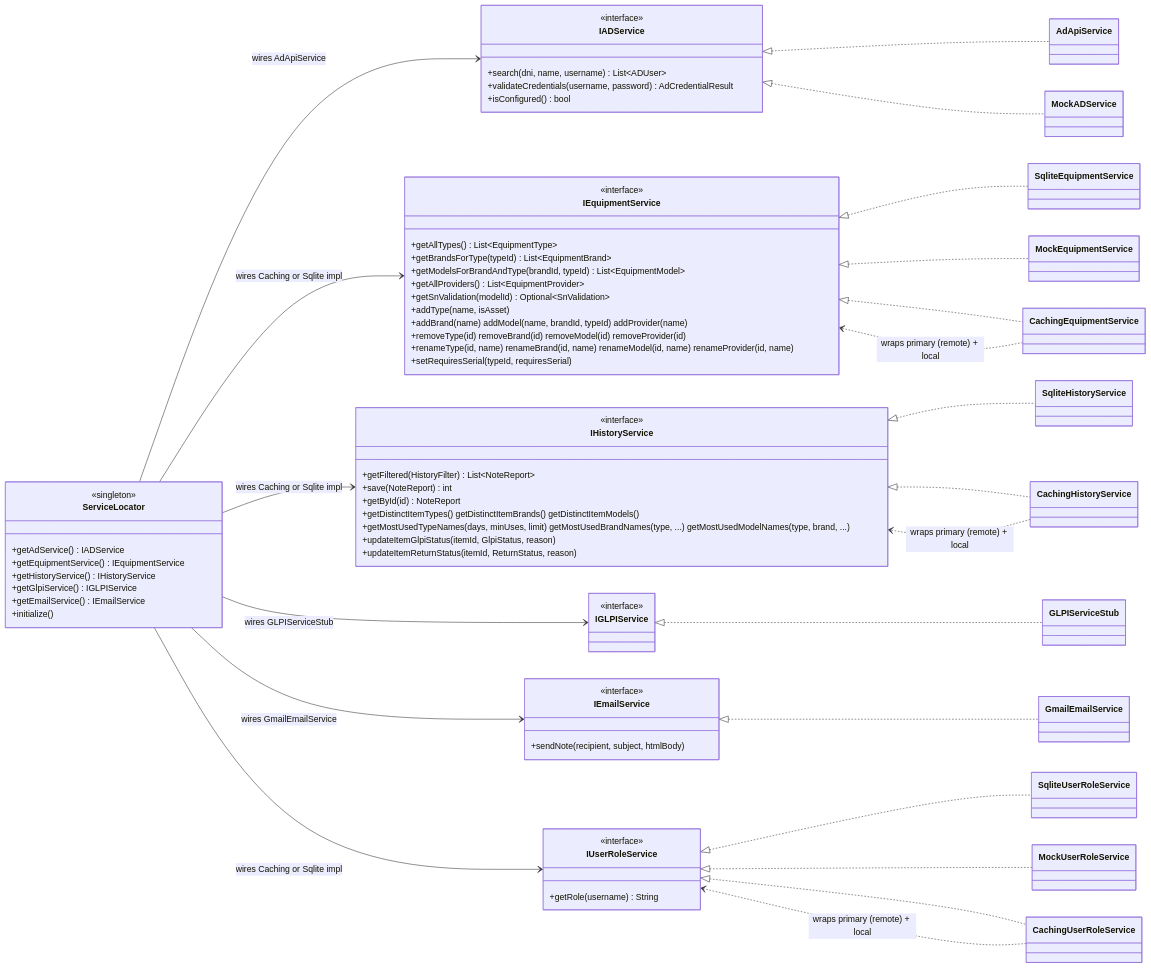
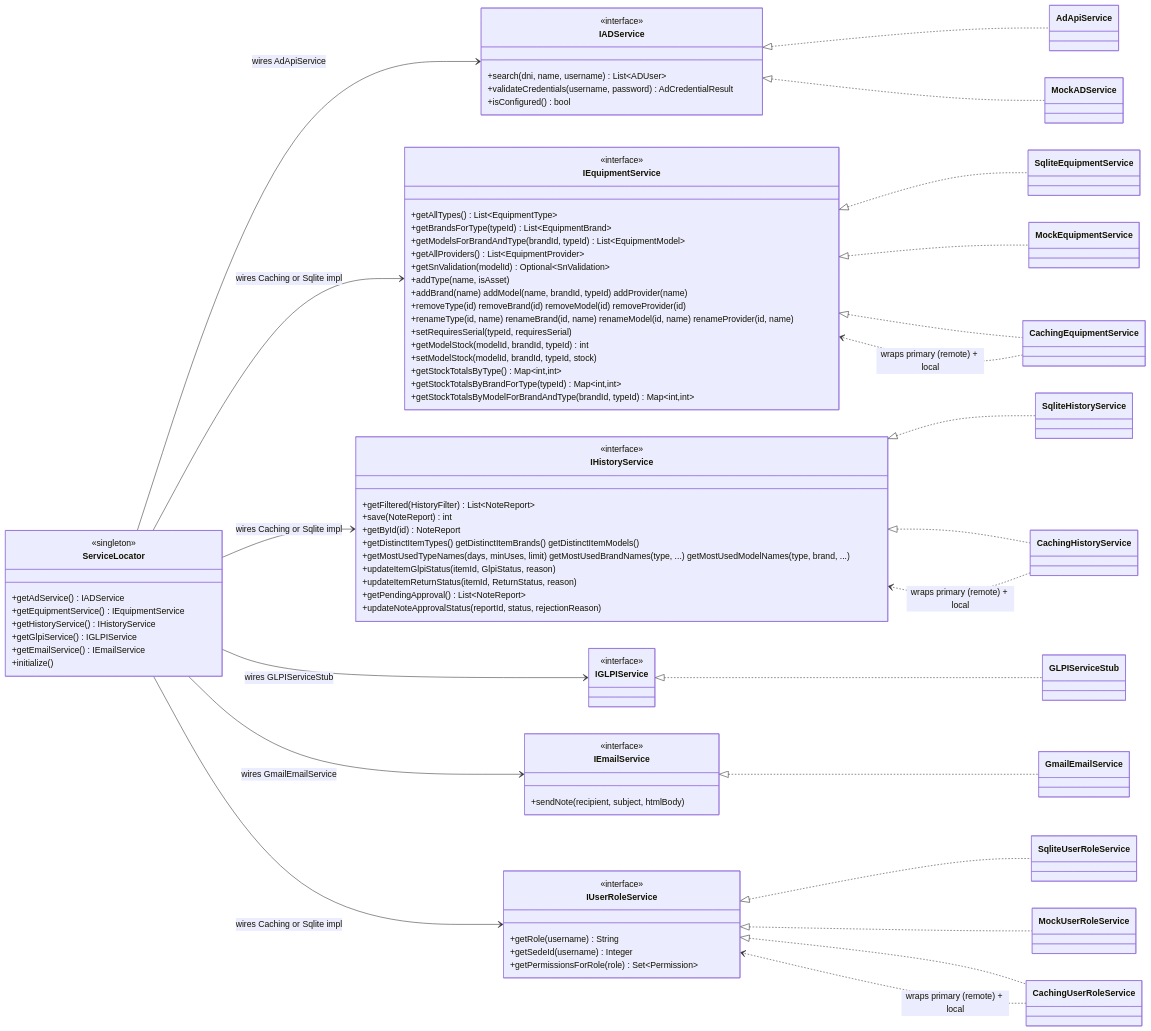
The second of 3 diagrams in docs/architecture.md (Bunshock/nexus-it), drawn with Mermaid before and after one commit. The commit also changed other lines of this file and 6 other files, not shown here.

First line of the commit message:
Update docs and config to match the RBAC/approval/return-tracking/schema feature batch

```diff
--- a/docs/architecture.md
+++ b/docs/architecture.md
@@ -192,6 +196,8 @@
     class IUserRoleService {
         <<interface>>
         +getRole(username) String
+        +getSedeId(username) Integer
+        +getPermissionsForRole(role) Set~Permission~
     }
     class SqliteUserRoleService
     class MockUserRoleService
@@ -213,6 +219,11 @@
         +removeType(id) removeBrand(id) removeModel(id) removeProvider(id)
         +renameType(id, name) renameBrand(id, name) renameModel(id, name) renameProvider(id, name)
         +setRequiresSerial(typeId, requiresSerial)
+        +getModelStock(modelId, brandId, typeId) int
+        +setModelStock(modelId, brandId, typeId, stock)
+        +getStockTotalsByType() Map~int,int~
+        +getStockTotalsByBrandForType(typeId) Map~int,int~
+        +getStockTotalsByModelForBrandAndType(brandId, typeId) Map~int,int~
     }
     class SqliteEquipmentService
     class MockEquipmentService
@@ -231,6 +242,8 @@
         +getMostUsedTypeNames(days, minUses, limit) getMostUsedBrandNames(type, ...) getMostUsedModelNames(type, brand, ...)
         +updateItemGlpiStatus(itemId, GlpiStatus, reason)
         +updateItemReturnStatus(itemId, ReturnStatus, reason)
+        +getPendingApproval() List~NoteReport~
+        +updateNoteApprovalStatus(reportId, status, rejectionReason)
     }
     class SqliteHistoryService
     class CachingHistoryService
```
